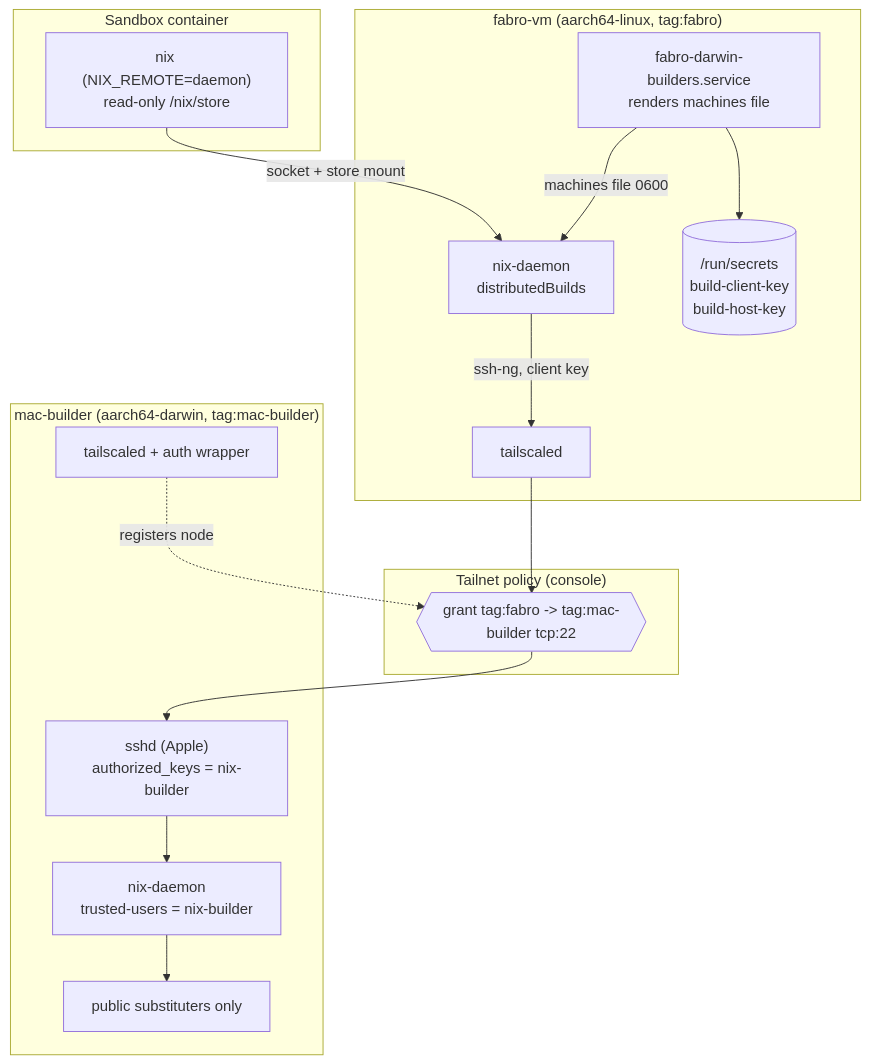
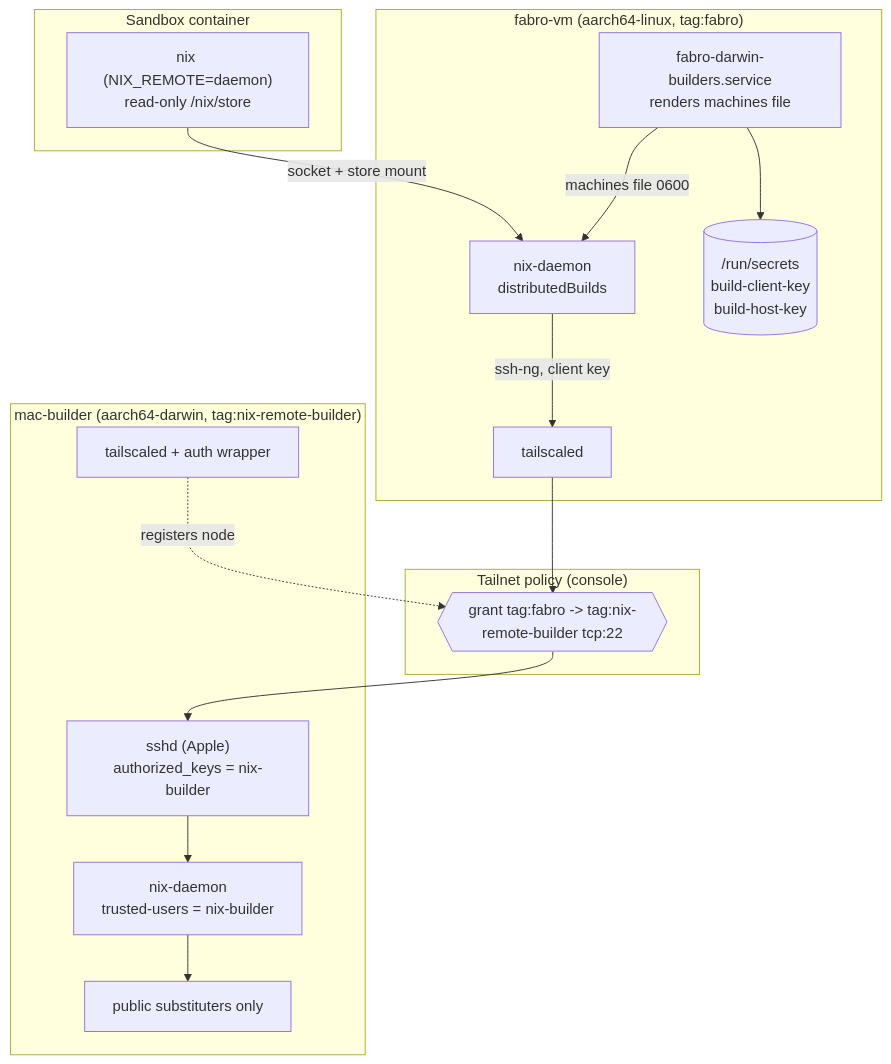
One commit to DWSR/nix-config changed the first of 3 diagrams in .kiro/specs/mac-builder-for-fabro-nix-darwin-builds/design.md. Above: the diagram before and after it, drawn with Mermaid. The commit also changed other lines of this file and 16 other files, not shown here.

Commit message:
feat(mac-builder): complete live Darwin dispatch validation

````diff
--- a/.kiro/specs/mac-builder-for-fabro-nix-darwin-builds/design.md
+++ b/.kiro/specs/mac-builder-for-fabro-nix-darwin-builds/design.md
@@ -135,30 +135,30 @@
 ```mermaid
 graph TB
   subgraph Sandbox["Sandbox container"]
     CLI["nix (NIX_REMOTE=daemon)<br/>read-only /nix/store"]
   end
   subgraph Guest["fabro-vm (aarch64-linux, tag:fabro)"]
     DAEMON["nix-daemon<br/>distributedBuilds"]
     RENDER["fabro-darwin-builders.service<br/>renders machines file"]
     FSTORE[("/run/secrets<br/>build-client-key<br/>build-host-key")]
     TSD["tailscaled"]
   end
   subgraph Network["Tailnet policy (console)"]
-    GRANT{{"grant tag:fabro -> tag:mac-builder tcp:22"}}
+    GRANT{{"grant tag:fabro -> tag:nix-remote-builder tcp:22"}}
   end
-  subgraph Builder["mac-builder (aarch64-darwin, tag:mac-builder)"]
+  subgraph Builder["mac-builder (aarch64-darwin, tag:nix-remote-builder)"]
     BTSD["tailscaled + auth wrapper"]
     SSHD["sshd (Apple)<br/>authorized_keys = nix-builder"]
     BDAEMON["nix-daemon<br/>trusted-users = nix-builder"]
     CACHE["public substituters only"]
   end
   CLI -->|socket + store mount| DAEMON
   RENDER --> FSTORE
   RENDER -->|machines file 0600| DAEMON
   DAEMON -->|ssh-ng, client key| TSD
   TSD --> GRANT
   GRANT --> SSHD
   SSHD --> BDAEMON
   BDAEMON --> CACHE
   BTSD -.->|registers node| GRANT
 ```
````
